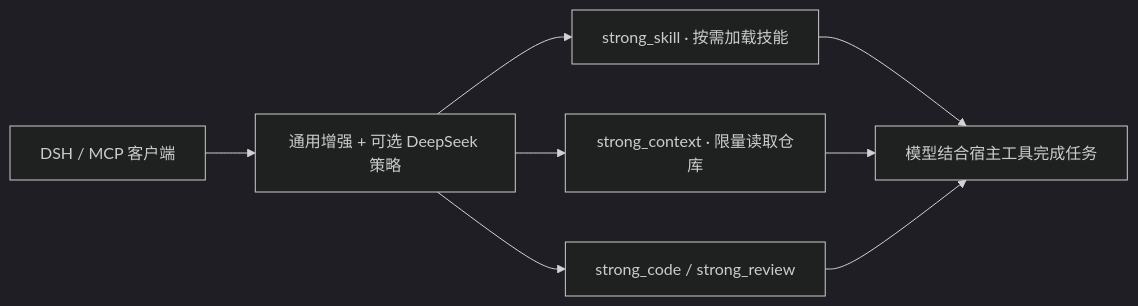
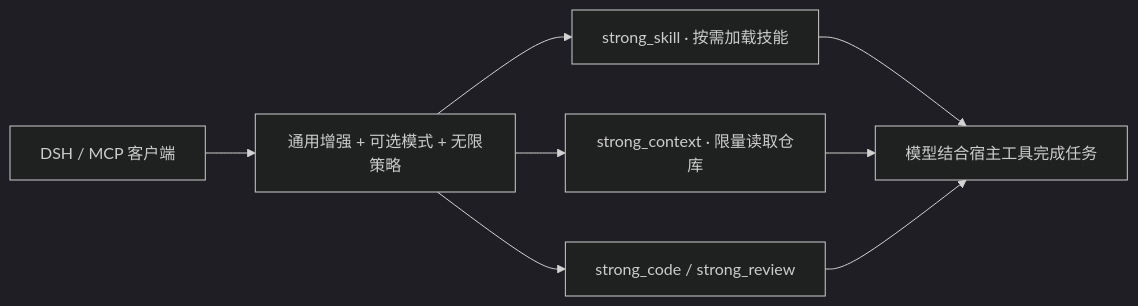
The diagram in README.md (wemebabo57-a11y/dsh-mcp-strong-and-skills), drawn with Mermaid (dark theme) before and after one commit. The commit also changed other lines of this file and 27 other files, not shown here.

````diff
--- a/README.md
+++ b/README.md
@@ -266,10 +274,10 @@
 ```mermaid
 flowchart LR
-    Host[DSH / MCP 客户端] --> Gateway[通用增强 + 可选 DeepSeek 策略]
+    Host[DSH / MCP 客户端] --> Gateway[通用增强 + 可选模式 + 无限策略]
     Gateway --> Skills[strong_skill · 按需加载技能]
     Gateway --> Context[strong_context · 限量读取仓库]
     Gateway --> Code[strong_code / strong_review]
     Skills --> Model[模型结合宿主工具完成任务]
     Context --> Model
     Code --> Model
 ```
````
